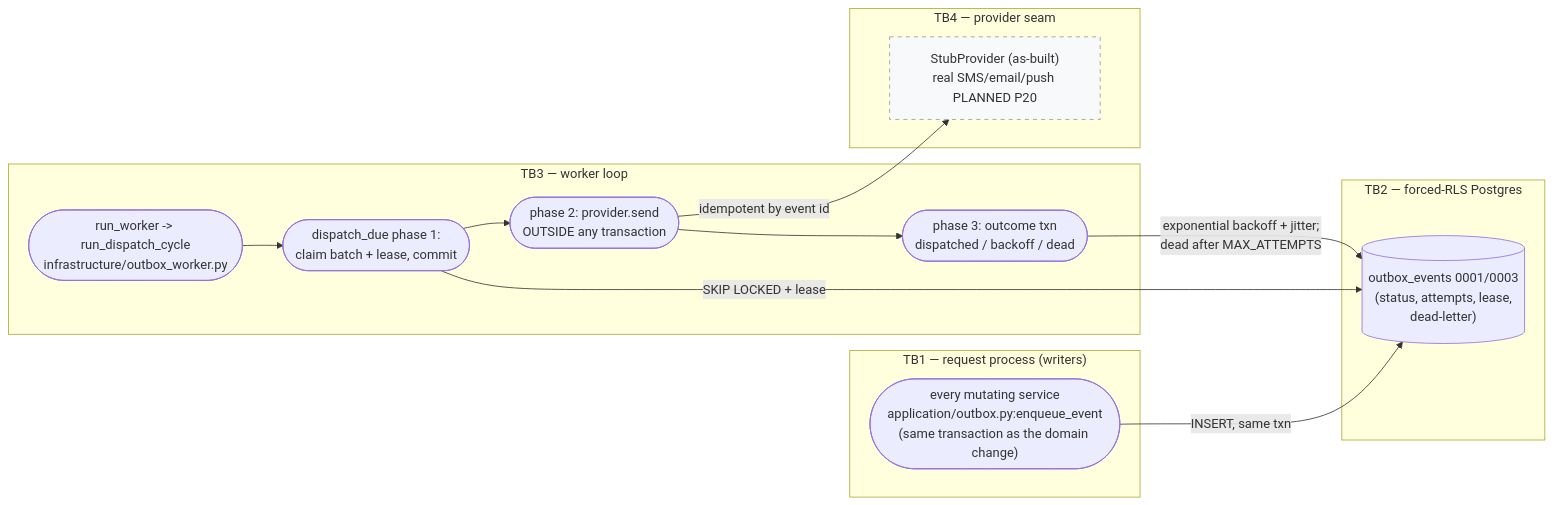
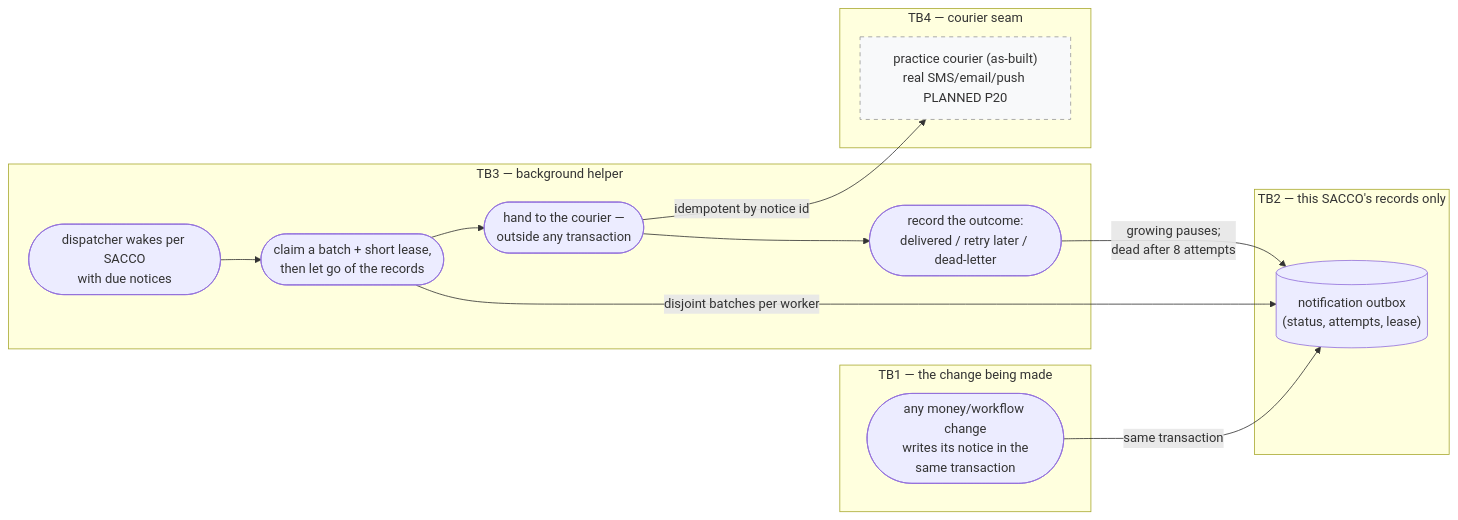
Before and after one commit to Benson-Kim/genesis-sacco: the tenth of 15 diagrams in docs/diagrams/dfd.md, drawn with Mermaid. The commit also changed other lines of this file, not shown here.

First line of the commit message:
docs(diagrams): DFD redrawn business-legible; P13.15/P13.16 flipped as-built; F10-F14 added

````diff
--- a/docs/diagrams/dfd.md
+++ b/docs/diagrams/dfd.md
@@ -454,30 +573,30 @@
 ```mermaid
 flowchart LR
-    %% P-DIAG.3 F9 — authored against main @ 08541b860f1445b16c342c39b6606d86b9dbeb17
-    subgraph TB1["TB1 — request process (writers)"]
-        OBX_P0(["every mutating service<br/>application/outbox.py:enqueue_event<br/>(same transaction as the domain change)"])
+    %% P-DIAG.3 F9 — reconciled to main @ 8f46aa54250ff1a066af423924f3eb54a9c72fb7
+    subgraph TB1["TB1 — the change being made"]
+        OBX_P0(["any money/workflow change<br/>writes its notice in the<br/>same transaction"])
     end
-    subgraph TB3["TB3 — worker loop"]
-        OBX_P1(["run_worker -> run_dispatch_cycle<br/>infrastructure/outbox_worker.py"])
-        OBX_P2(["dispatch_due phase 1:<br/>claim batch + lease, commit"])
-        OBX_P3(["phase 2: provider.send<br/>OUTSIDE any transaction"])
-        OBX_P4(["phase 3: outcome txn<br/>dispatched / backoff / dead"])
+    subgraph TB3["TB3 — background helper"]
+        OBX_P1(["dispatcher wakes per SACCO<br/>with due notices"])
+        OBX_P2(["claim a batch + short lease,<br/>then let go of the records"])
+        OBX_P3(["hand to the courier —<br/>outside any transaction"])
+        OBX_P4(["record the outcome:<br/>delivered / retry later / dead-letter"])
     end
-    subgraph TB2["TB2 — forced-RLS Postgres"]
-        OBX_S1[("outbox_events 0001/0003<br/>(status, attempts, lease,<br/>dead-letter)")]
+    subgraph TB2["TB2 — this SACCO's records only"]
+        OBX_S1[("notification outbox<br/>(status, attempts, lease)")]
     end
-    subgraph TB4["TB4 — provider seam"]
-        OBX_E1["StubProvider (as-built)<br/>real SMS/email/push PLANNED P20"]
+    subgraph TB4["TB4 — courier seam"]
+        OBX_E1["practice courier (as-built)<br/>real SMS/email/push PLANNED P20"]
     end
 
-    OBX_P0 -->|"INSERT, same txn"| OBX_S1
+    OBX_P0 -->|"same transaction"| OBX_S1
     OBX_P1 --> OBX_P2
-    OBX_P2 -->|"SKIP LOCKED + lease"| OBX_S1
+    OBX_P2 -->|"disjoint batches per worker"| OBX_S1
     OBX_P2 --> OBX_P3
-    OBX_P3 -->|"idempotent by event id"| OBX_E1
+    OBX_P3 -->|"idempotent by notice id"| OBX_E1
     OBX_P3 --> OBX_P4
-    OBX_P4 -->|"exponential backoff + jitter;<br/>dead after MAX_ATTEMPTS"| OBX_S1
+    OBX_P4 -->|"growing pauses;<br/>dead after 8 attempts"| OBX_S1
 
     classDef planned fill:#f8f9fa,stroke:#999,stroke-dasharray: 5 5;
     class OBX_E1 planned;
 ```
````
